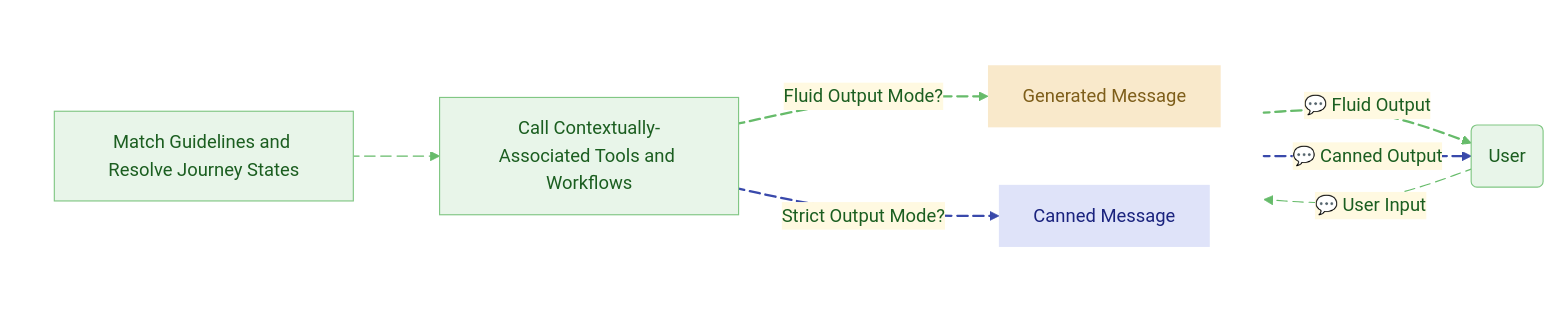
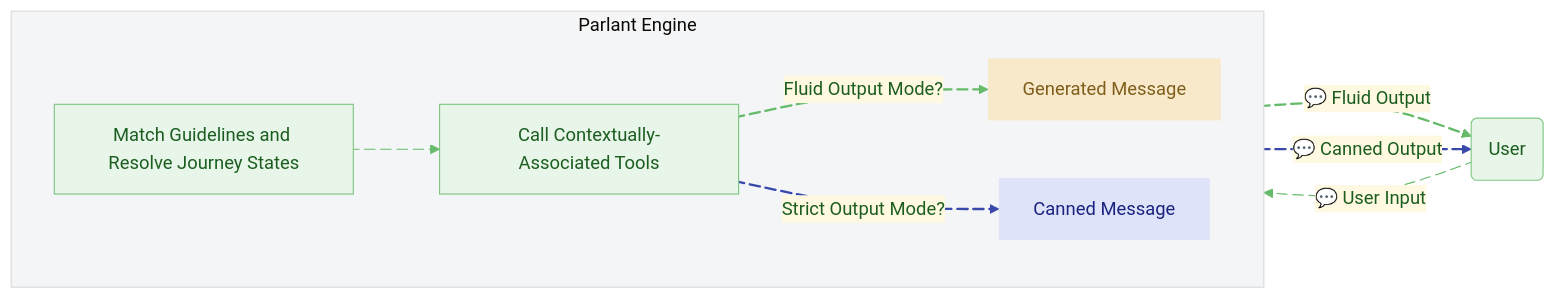
The diagram in agents/general/parlant/README.md (quangminh1212/AI_PowerUp), drawn with Mermaid before and after one commit. The commit also changed other lines of this file and 38071 other files, not shown here.

````diff
--- a/agents/general/parlant/README.md
+++ b/agents/general/parlant/README.md
@@ -142,35 +99,35 @@
 ```mermaid
-%%{init: {'theme': 'base', 'themeVariables': {'primaryColor': '#e8f5e9', 'primaryTextColor': '#1b5e20', 'primaryBorderColor': '#81c784', 'lineColor': '#66bb6a', 'secondaryColor': '#fff9e1', 'tertiaryColor': 'transparent'}}}%%
+%%{init: {'theme': 'base', 'themeVariables': {'primaryColor': '#e8f5e9', 'primaryTextColor': '#1b5e20', 'primaryBorderColor': '#81c784', 'lineColor': '#66bb6a', 'secondaryColor': '#fff9e1', 'tertiaryColor': '#F3F5F6'}}}%%
 flowchart LR
     A(User):::outputNode
 
     subgraph Engine["Parlant Engine"]
         direction LR
         B["Match Guidelines and Resolve Journey States"]:::matchNode
-        C["Call Contextually-Associated Tools and Workflows"]:::toolNode
+        C["Call Contextually-Associated Tools"]:::toolNode
         D["Generated Message"]:::composeNode
         E["Canned Message"]:::cannedNode
     end
 
     A a@-->|💬 User Input| B
     B b@--> C
     C c@-->|Fluid Output Mode?| D
     C d@-->|Strict Output Mode?| E
     D e@-->|💬 Fluid Output| A
     E f@-->|💬 Canned Output| A
 
     a@{animate: true}
     b@{animate: true}
     c@{animate: true}
     d@{animate: true}
     e@{animate: true}
     f@{animate: true}
 
     linkStyle 2 stroke-width:2px
     linkStyle 4 stroke-width:2px
     linkStyle 3 stroke-width:2px,stroke:#3949AB
     linkStyle 5 stroke-width:2px,stroke:#3949AB
 
     classDef composeNode fill:#F9E9CB,stroke:#AB8139,stroke-width:2px,color:#7E5E1A,stroke-width:0
     classDef cannedNode fill:#DFE3F9,stroke:#3949AB,stroke-width:2px,color:#1a237e,stroke-width:0
 ```
````
